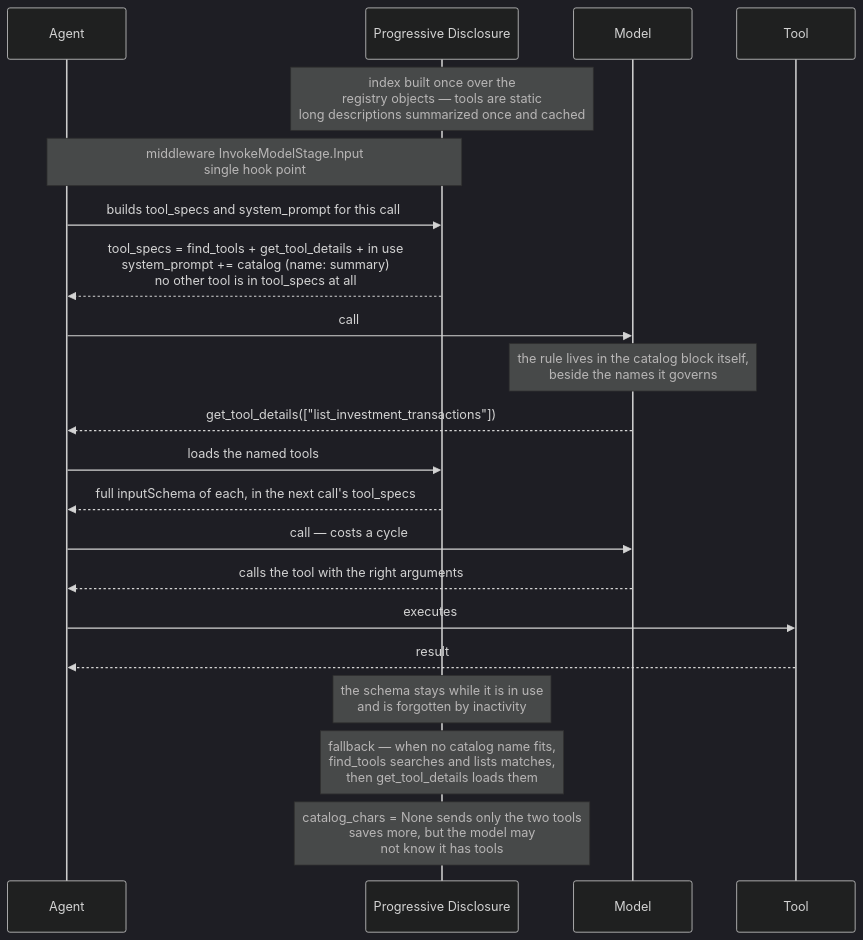
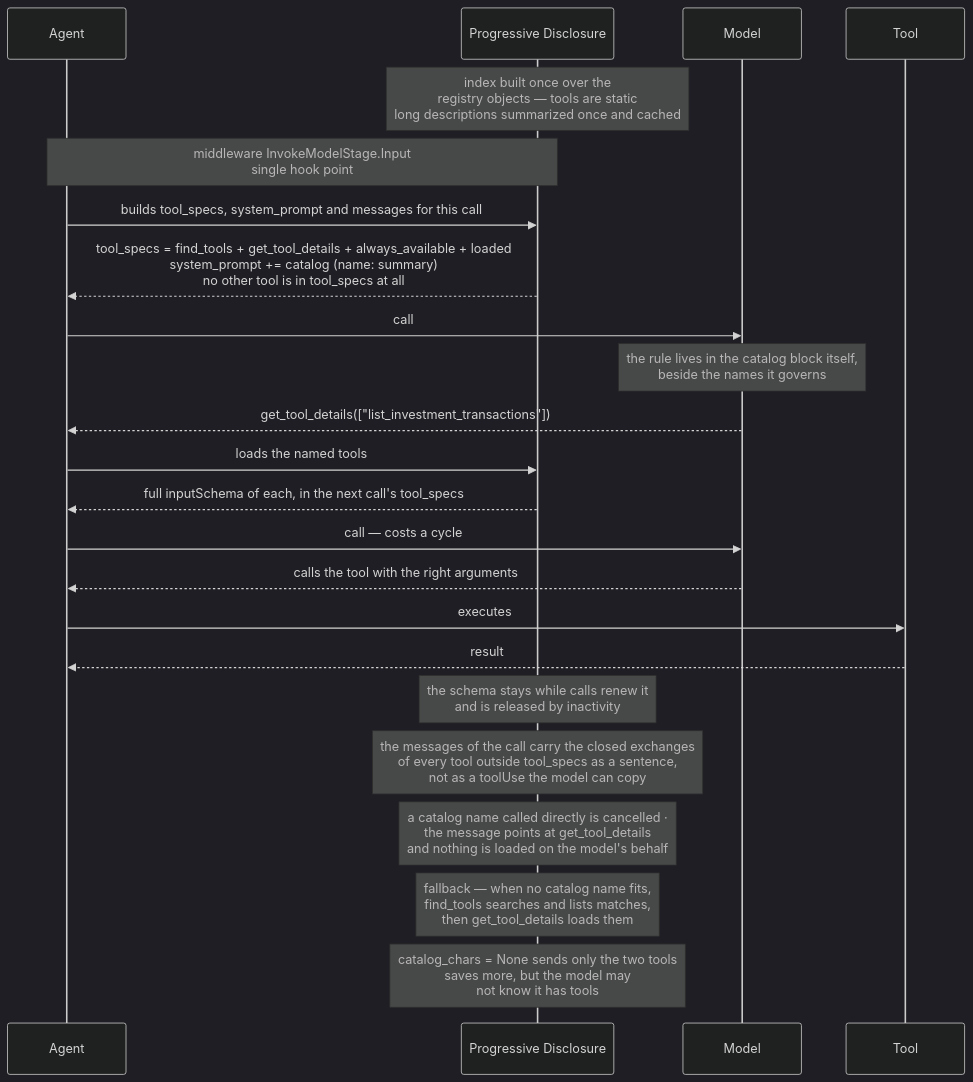
One commit to aws-samples/sample-context-engineering changed the second of 3 diagrams in docs/design/design.md. Above: the diagram before and after it, drawn with Mermaid (dark theme). The commit also changed other lines of this file and 11 other files, not shown here.

First line of the commit message:
docs: bring design, sequence and how-to docs to the current code

````diff
--- a/docs/design/design.md
+++ b/docs/design/design.md
@@ -386,30 +395,32 @@
 ```mermaid
 sequenceDiagram
     participant AG as Agent
     participant B as Progressive Disclosure
     participant M as Model
     participant T as Tool
 
     Note over B: index built once over the<br/>registry objects — tools are static<br/>long descriptions summarized once and cached
 
     Note over AG,B: middleware InvokeModelStage.Input<br/>single hook point
 
-    AG->>B: builds tool_specs and system_prompt for this call
-    B-->>AG: tool_specs = find_tools + get_tool_details + in use<br/>system_prompt += catalog (name: summary)<br/>no other tool is in tool_specs at all
+    AG->>B: builds tool_specs, system_prompt and messages for this call
+    B-->>AG: tool_specs = find_tools + get_tool_details + always_available + loaded<br/>system_prompt += catalog (name: summary)<br/>no other tool is in tool_specs at all
 
     AG->>M: call
     Note over M: the rule lives in the catalog block itself,<br/>beside the names it governs
 
     M-->>AG: get_tool_details(["list_investment_transactions"])
     AG->>B: loads the named tools
     B-->>AG: full inputSchema of each, in the next call's tool_specs
     AG->>M: call — costs a cycle
 
     M-->>AG: calls the tool with the right arguments
     AG->>T: executes
     T-->>AG: result
 
-    Note over B: the schema stays while it is in use<br/>and is forgotten by inactivity
+    Note over B: the schema stays while calls renew it<br/>and is released by inactivity
+    Note over B: the messages of the call carry the closed exchanges<br/>of every tool outside tool_specs as a sentence,<br/>not as a toolUse the model can copy
+    Note over B: a catalog name called directly is cancelled ·<br/>the message points at get_tool_details<br/>and nothing is loaded on the model's behalf
     Note over B: fallback — when no catalog name fits,<br/>find_tools searches and lists matches,<br/>then get_tool_details loads them
     Note over B: catalog_chars = None sends only the two tools<br/>saves more, but the model may<br/>not know it has tools
 ```
````
